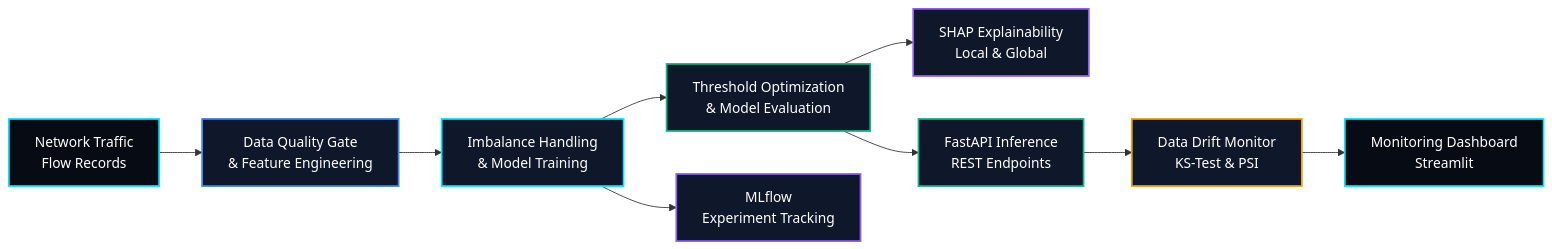
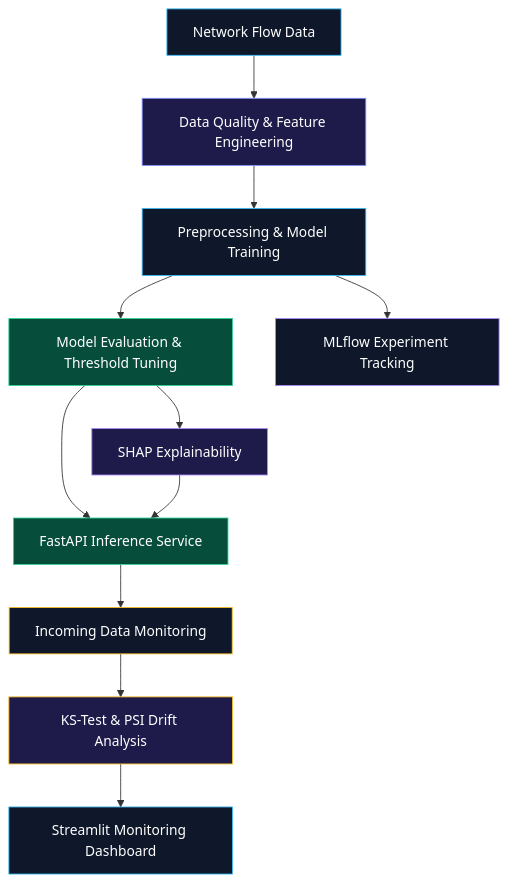
Before and after one commit to Aditya70-creator/SentinelML: the diagram in README.md, drawn with Mermaid. The commit also changed other lines of this file, not shown here.

````diff
--- a/README.md
+++ b/README.md
@@ -16,21 +45,24 @@
 ```mermaid
-flowchart LR
-    A["Network Traffic<br/>Flow Records"] --> B["Data Quality Gate<br/>& Feature Engineering"]
-    B --> C["Imbalance Handling<br/>& Model Training"]
-    C --> D["Threshold Optimization<br/>& Model Evaluation"]
-    D --> E["SHAP Explainability<br/>Local & Global"]
-    D --> F["FastAPI Inference<br/>REST Endpoints"]
-    F --> G["Data Drift Monitor<br/>KS-Test & PSI"]
-    G --> H["Monitoring Dashboard<br/>Streamlit"]
-    C --> I["MLflow<br/>Experiment Tracking"]
+flowchart TD
+    A["Network Flow Data"] --> B["Data Quality & Feature Engineering"]
+    B --> C["Preprocessing & Model Training"]
+    C --> D["Model Evaluation & Threshold Tuning"]
+    C --> I["MLflow Experiment Tracking"]
+    D --> E["SHAP Explainability"]
+    D --> F["FastAPI Inference Service"]
+    E --> F
+    F --> G["Incoming Data Monitoring"]
+    G --> H["KS-Test & PSI Drift Analysis"]
+    H --> J["Streamlit Monitoring Dashboard"]
 
-    style A fill:#070b14,stroke:#00E7FF,stroke-width:2px,color:#ffffff
-    style B fill:#0f172a,stroke:#3B82F6,stroke-width:2px,color:#ffffff
-    style C fill:#0f172a,stroke:#00E7FF,stroke-width:2px,color:#ffffff
-    style D fill:#0f172a,stroke:#10B981,stroke-width:2px,color:#ffffff
-    style E fill:#0f172a,stroke:#8B5CF6,stroke-width:2px,color:#ffffff
-    style F fill:#0f172a,stroke:#10B981,stroke-width:2px,color:#ffffff
-    style G fill:#0f172a,stroke:#f59e0b,stroke-width:2px,color:#ffffff
-    style H fill:#070b14,stroke:#00E7FF,stroke-width:2px,color:#ffffff
-    style I fill:#0f172a,stroke:#8B5CF6,stroke-width:2px,color:#ffffff
+    style A fill:#0f172a,stroke:#38bdf8,color:#ffffff
+    style B fill:#1e1b4b,stroke:#818cf8,color:#ffffff
+    style C fill:#0f172a,stroke:#38bdf8,color:#ffffff
+    style D fill:#064e3b,stroke:#34d399,color:#ffffff
+    style E fill:#1e1b4b,stroke:#a78bfa,color:#ffffff
+    style F fill:#064e3b,stroke:#34d399,color:#ffffff
+    style G fill:#0f172a,stroke:#fbbf24,color:#ffffff
+    style H fill:#1e1b4b,stroke:#fbbf24,color:#ffffff
+    style I fill:#0f172a,stroke:#a78bfa,color:#ffffff
+    style J fill:#0f172a,stroke:#38bdf8,color:#ffffff
 ```
````
